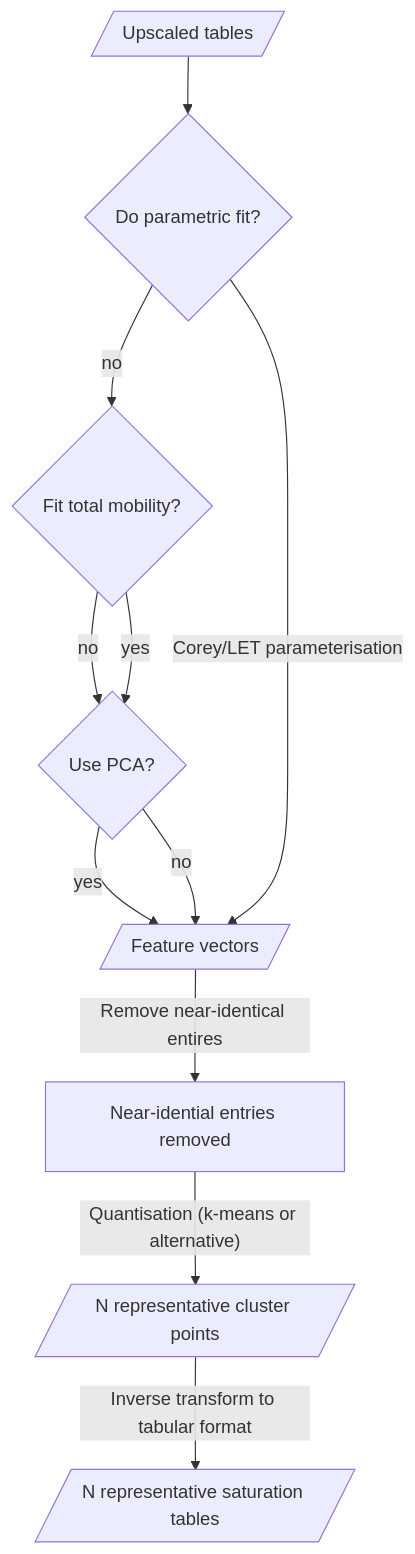
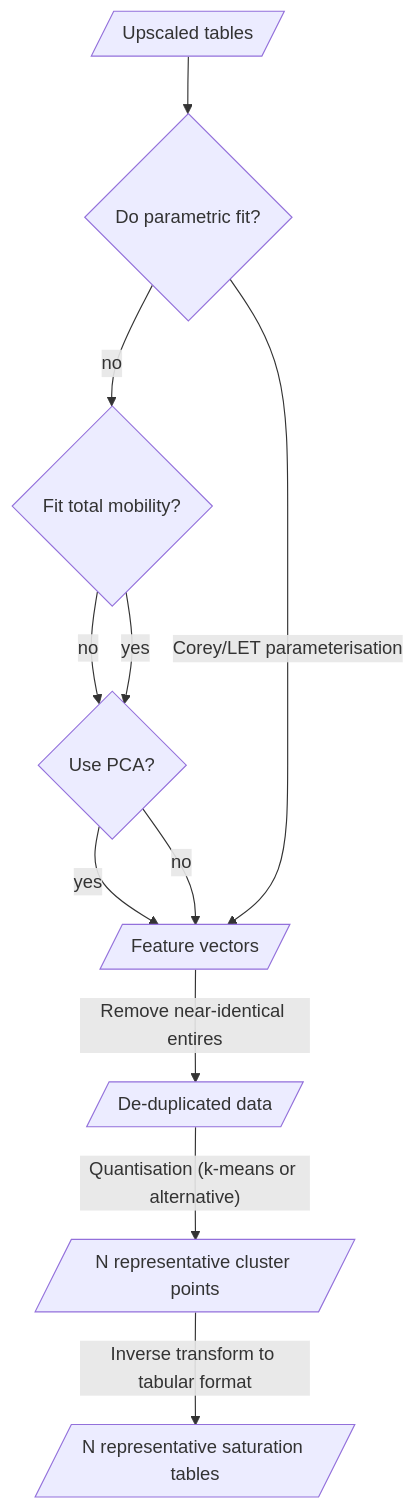
The first of 2 diagrams in src/compress/README.md (ImperialCollegeLondon/StrataTrapper), drawn with Mermaid before and after one commit.

````diff
--- a/src/compress/README.md
+++ b/src/compress/README.md
@@ -35,23 +35,28 @@
 ```mermaid
 flowchart TD
 upsc[/Upscaled tables/]
+
+
 do_param_fit{Do parametric fit?}
 embed{Fit total mobility?}
-clean[Near-idential entries removed]
 red{Use PCA?}
+
 latent[/Feature vectors/]
+
+clean[/De-duplicated data/]
+
 repr[/N representative cluster points/]
 tabs[/N representative saturation tables/]
 
 upsc --> do_param_fit
 do_param_fit -- no --> embed
 embed -- no --> red
 embed -- yes --> red
 red -- yes --> latent
 red -- no --> latent
 do_param_fit-- Corey/LET parameterisation --> latent
 latent -- Remove near-identical entires --> clean
 clean -- "Quantisation (k-means or alternative)" --> repr
 repr -- "Inverse transform to tabular format" --> tabs
 
 ```
````
